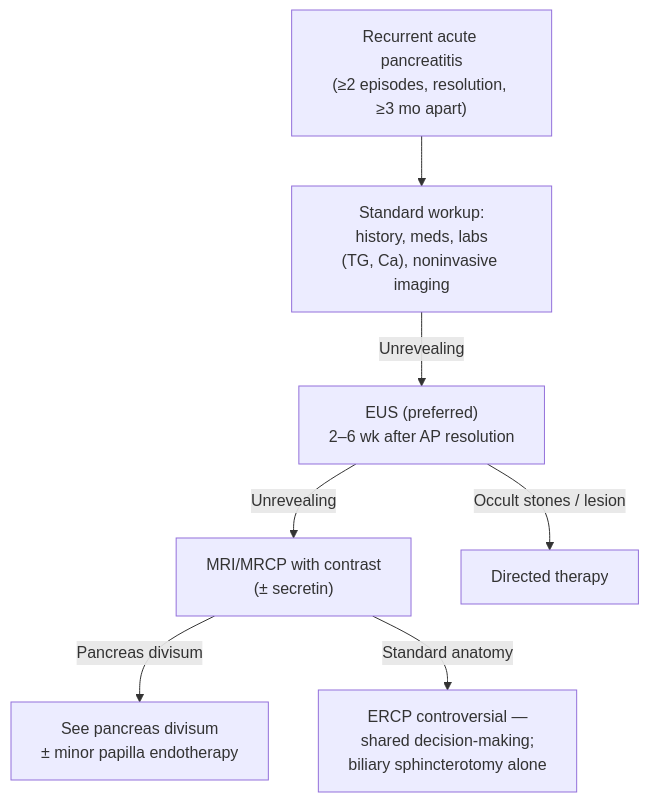
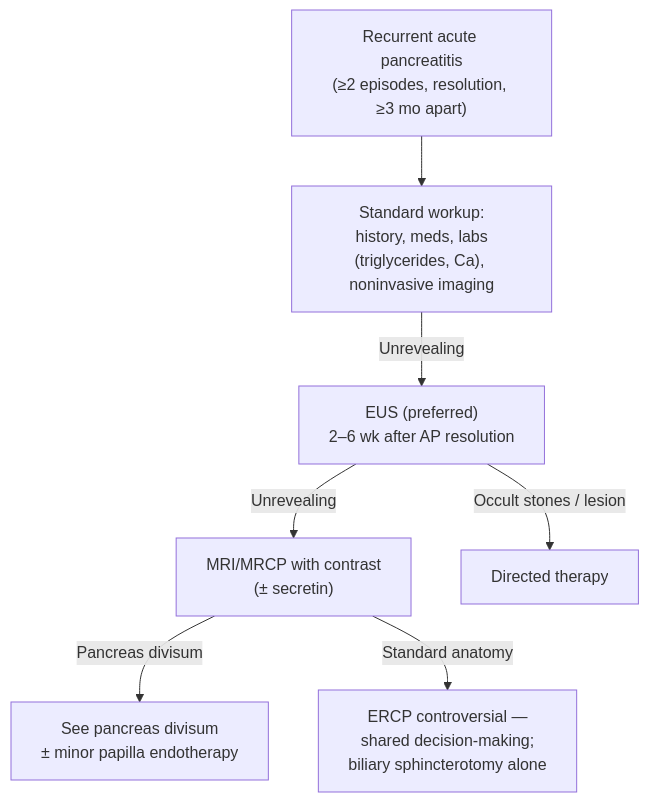
One commit to KHNickLeMD/KHNL-GI-Wiki changed the diagram in KHNL-GI-Wiki/wiki/2-diagnostic-schemas/recurrent-acute-pancreatitis.md. Above: the diagram before and after it, drawn with Mermaid. The commit also changed other lines of this file and 620 other files, not shown here.

````diff
--- a/KHNL-GI-Wiki/wiki/2-diagnostic-schemas/recurrent-acute-pancreatitis.md
+++ b/KHNL-GI-Wiki/wiki/2-diagnostic-schemas/recurrent-acute-pancreatitis.md
@@ -42,9 +42,9 @@
 ```mermaid
 flowchart TD
-    A["Recurrent acute pancreatitis<br/>(≥2 episodes, resolution, ≥3 mo apart)"] --> B["Standard workup:<br/>history, meds, labs<br/>(TG, Ca), noninvasive imaging"]
+    A["Recurrent acute pancreatitis<br/>(≥2 episodes, resolution, ≥3 mo apart)"] --> B["Standard workup:<br/>history, meds, labs<br/>(triglycerides, Ca), noninvasive imaging"]
     B -->|Unrevealing| C["EUS (preferred)<br/>2–6 wk after AP resolution"]
     C -->|Unrevealing| D["MRI/MRCP with contrast<br/>(± secretin)"]
     C -->|Occult stones / lesion| E["Directed therapy"]
     D -->|Pancreas divisum| F["See pancreas divisum<br/>± minor papilla endotherapy"]
     D -->|Standard anatomy| G["ERCP controversial —<br/>shared decision-making;<br/>biliary sphincterotomy alone"]
 ```
````
